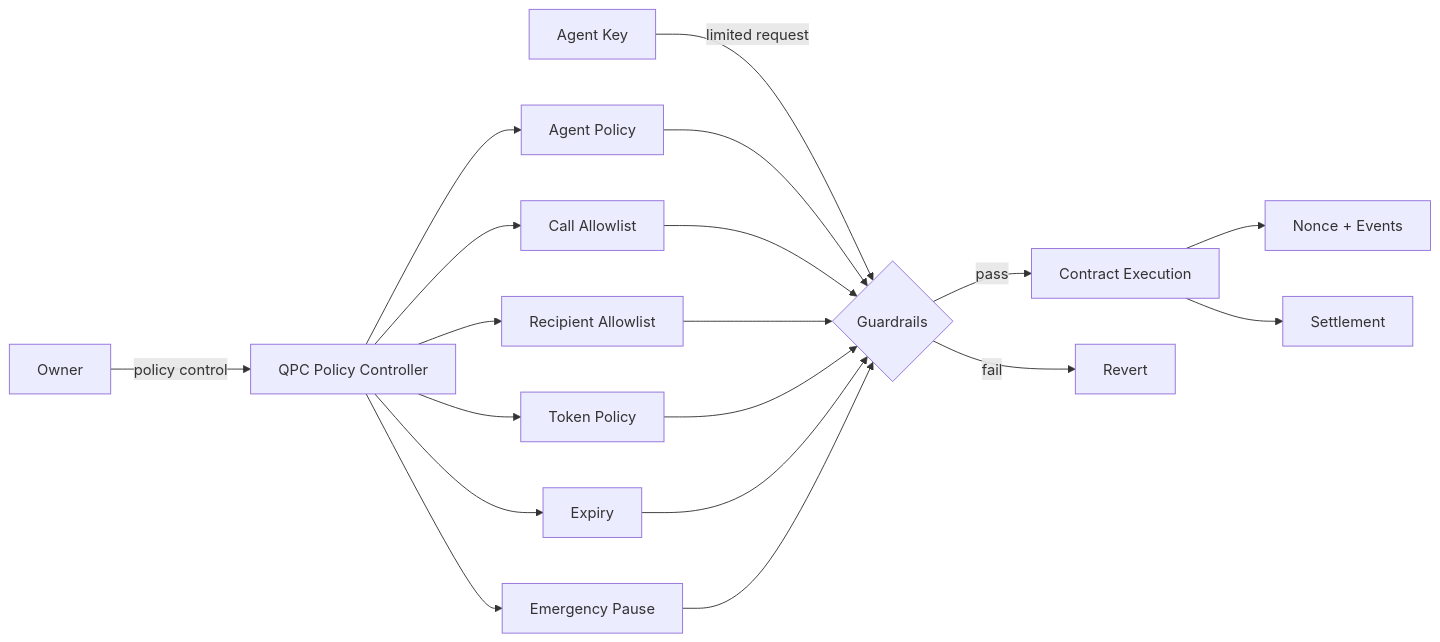
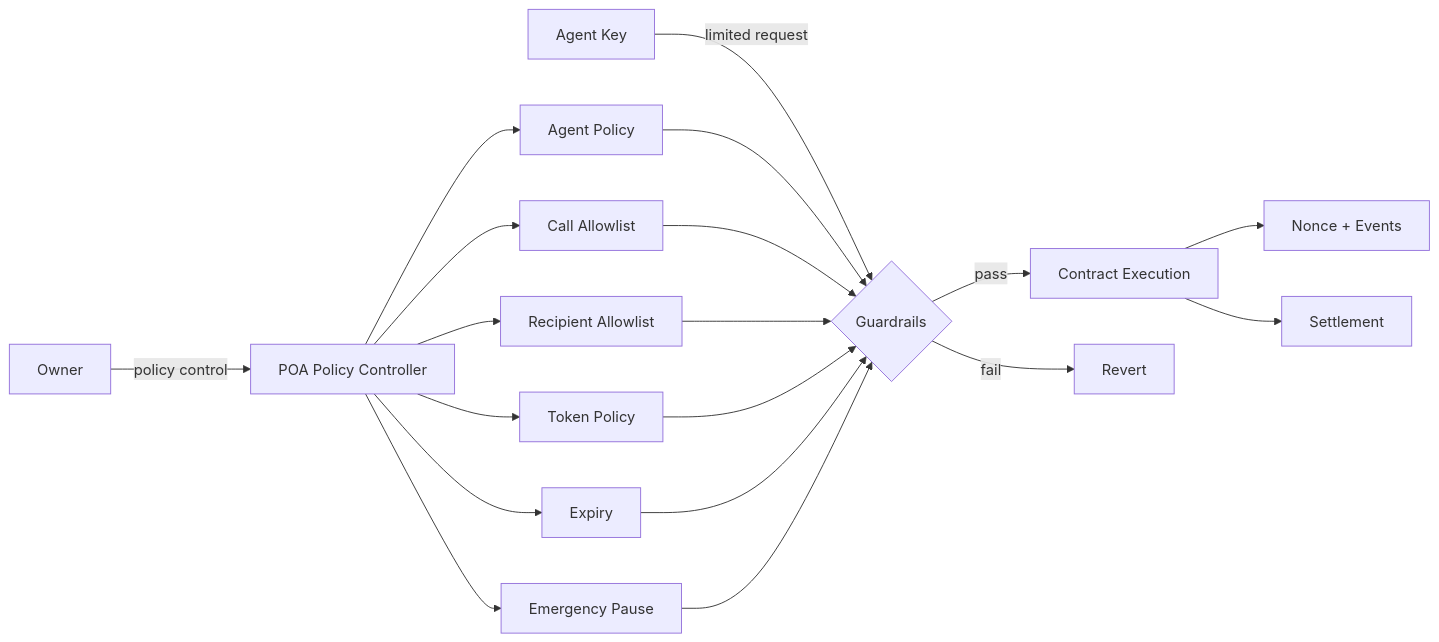
One commit to wadezigh96/pQp_contracts changed the second of 2 diagrams in README.md. Above: the diagram before and after it, drawn with Mermaid. The commit also changed other lines of this file and 14 other files, not shown here.

````diff
--- a/README.md
+++ b/README.md
@@ -99,25 +68,25 @@
 ```mermaid
 flowchart LR
-    O[Owner] -->|policy control| PC[QPC Policy Controller]
+    O[Owner] -->|policy control| PC[POA Policy Controller]
 
     PC --> AP[Agent Policy]
     PC --> CL[Call Allowlist]
     PC --> RL[Recipient Allowlist]
     PC --> TP[Token Policy]
     PC --> EX[Expiry]
     PC --> PP[Emergency Pause]
 
     AG[Agent Key] -->|limited request| G{Guardrails}
     AP --> G
     CL --> G
     RL --> G
     TP --> G
     EX --> G
     PP --> G
 
     G -->|pass| CE[Contract Execution]
     G -->|fail| RE[Revert]
 
     CE --> EV[Nonce + Events]
     CE --> SET[Settlement]
 ```
````
